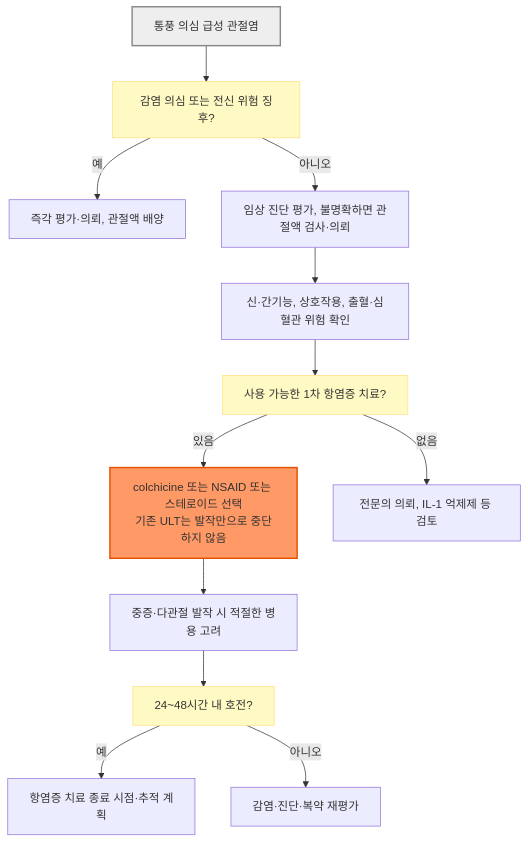
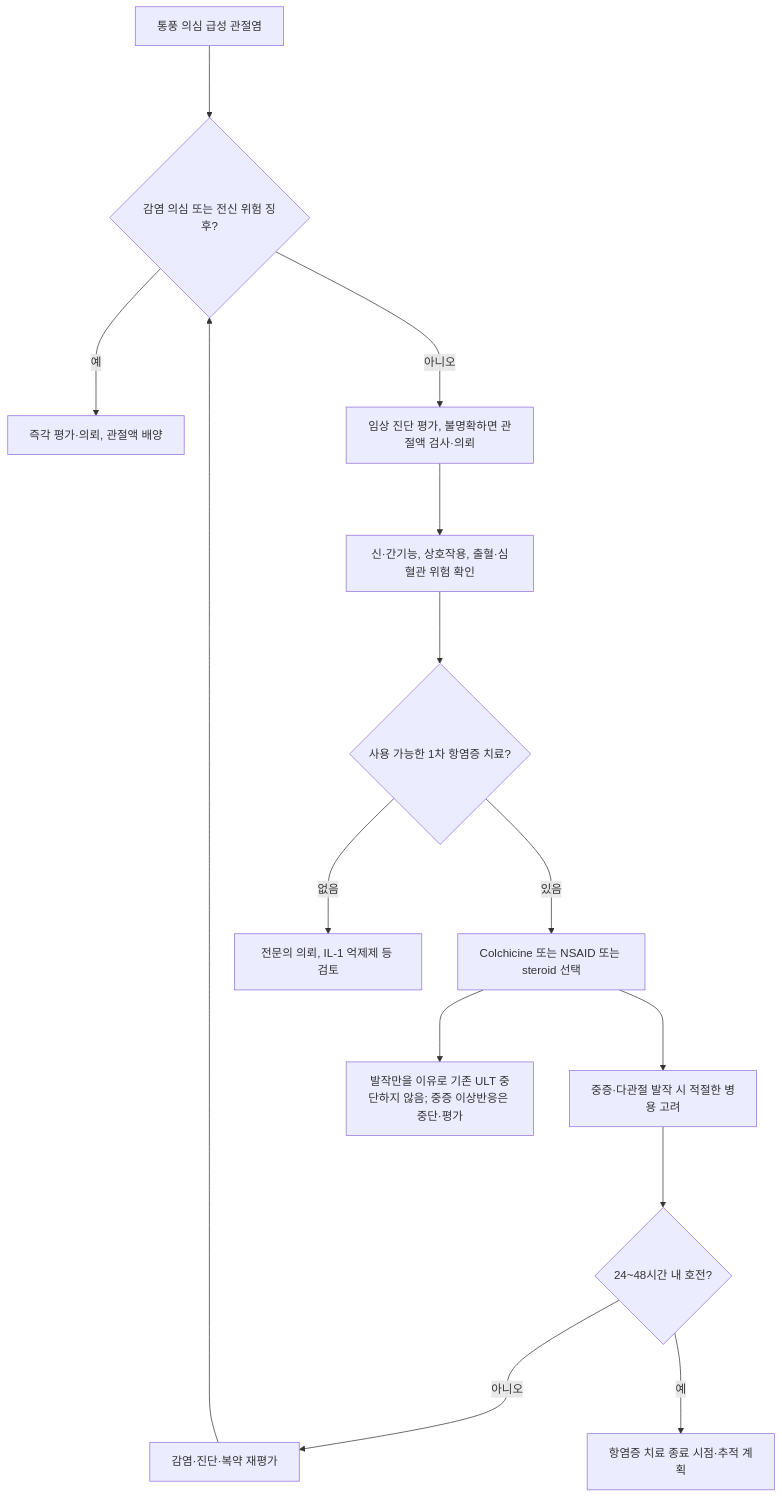
Before and after one commit to familyoh77/familyoh77: the first of 2 diagrams in 228_/152_-gout.md, drawn with Mermaid. The commit also changed other lines of this file and 9 other files, not shown here.

````diff
--- a/228_/152_-gout.md
+++ b/228_/152_-gout.md
@@ -130,19 +130,16 @@
 ```mermaid
-flowchart TD
-    A["통풍 의심 급성 관절염"] --> B["감염 의심 또는 전신 위험 징후?"]
-    B -- "예" --> C["즉각 평가·의뢰, 관절액 배양"]
-    B -- "아니오" --> D0["임상 진단 평가, 불명확하면 관절액 검사·의뢰"]
-    D0 --> D["신·간기능, 상호작용, 출혈·심혈관 위험 확인"]
-    D --> E["사용 가능한 1차 항염증 치료?"]
-    E -- "있음" --> F["colchicine 또는 NSAID 또는 스테로이드 선택<br>기존 ULT는 발작만으로 중단하지 않음"]
-    E -- "없음" --> G["전문의 의뢰, IL-1 억제제 등 검토"]
-    F --> H["중증·다관절 발작 시 적절한 병용 고려"]
-    H --> I["24~48시간 내 호전?"]
-    I -- "예" --> K["항염증 치료 종료 시점·추적 계획"]
-    I -- "아니오" --> J["감염·진단·복약 재평가"]
-
-    classDef question fill:#fff9c4,stroke:#ffe082
-    class B,E,I question
-    style A fill:#eeeeee,stroke:#888888,stroke-width:2px
-    style F fill:#f96,stroke:#e65100,stroke-width:2px
+graph TD
+    A["통풍 의심 급성 관절염"] ---> B{"감염 의심 또는 전신 위험 징후?"}
+    B --->|예| C["즉각 평가·의뢰, 관절액 배양"]
+    B --->|아니오| D0["임상 진단 평가, 불명확하면 관절액 검사·의뢰"]
+    D0 ---> D["신·간기능, 상호작용, 출혈·심혈관 위험 확인"]
+    D ---> E{"사용 가능한 1차 항염증 치료?"}
+    E --->|있음| F["Colchicine 또는 NSAID 또는 steroid 선택"]
+    E --->|없음| G["전문의 의뢰, IL-1 억제제 등 검토"]
+    F ---> H["중증·다관절 발작 시 적절한 병용 고려"]
+    H ---> I{"24~48시간 내 호전?"}
+    I --->|아니오| J["감염·진단·복약 재평가"]
+    J ---> B
+    I --->|예| K["항염증 치료 종료 시점·추적 계획"]
+    F ---> L["발작만을 이유로 기존 ULT 중단하지 않음; 중증 이상반응은 중단·평가"]
 ```
````
